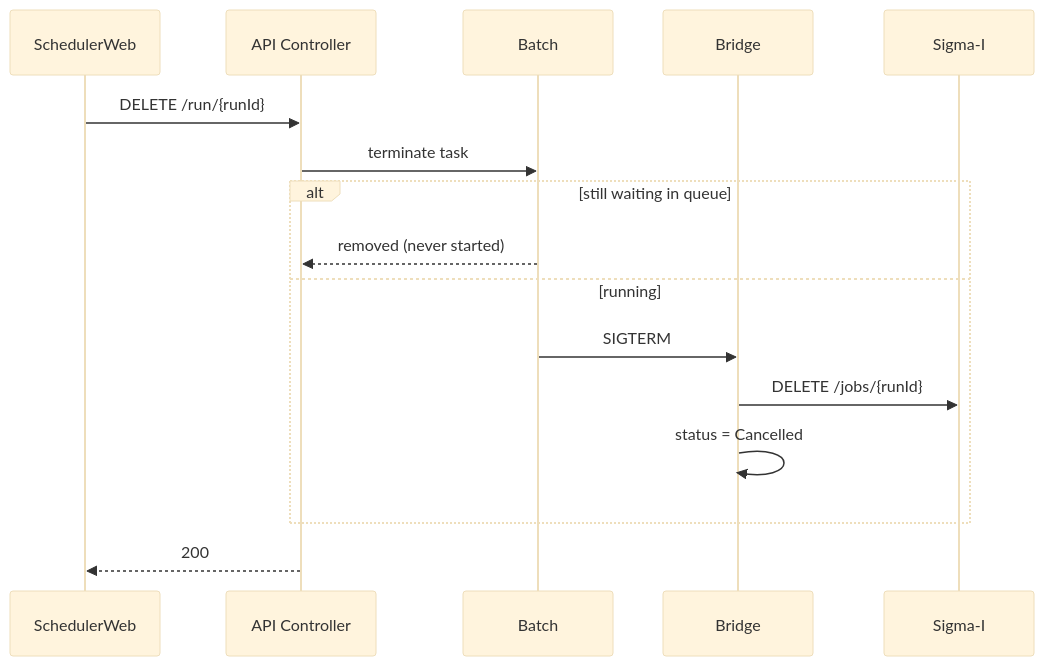
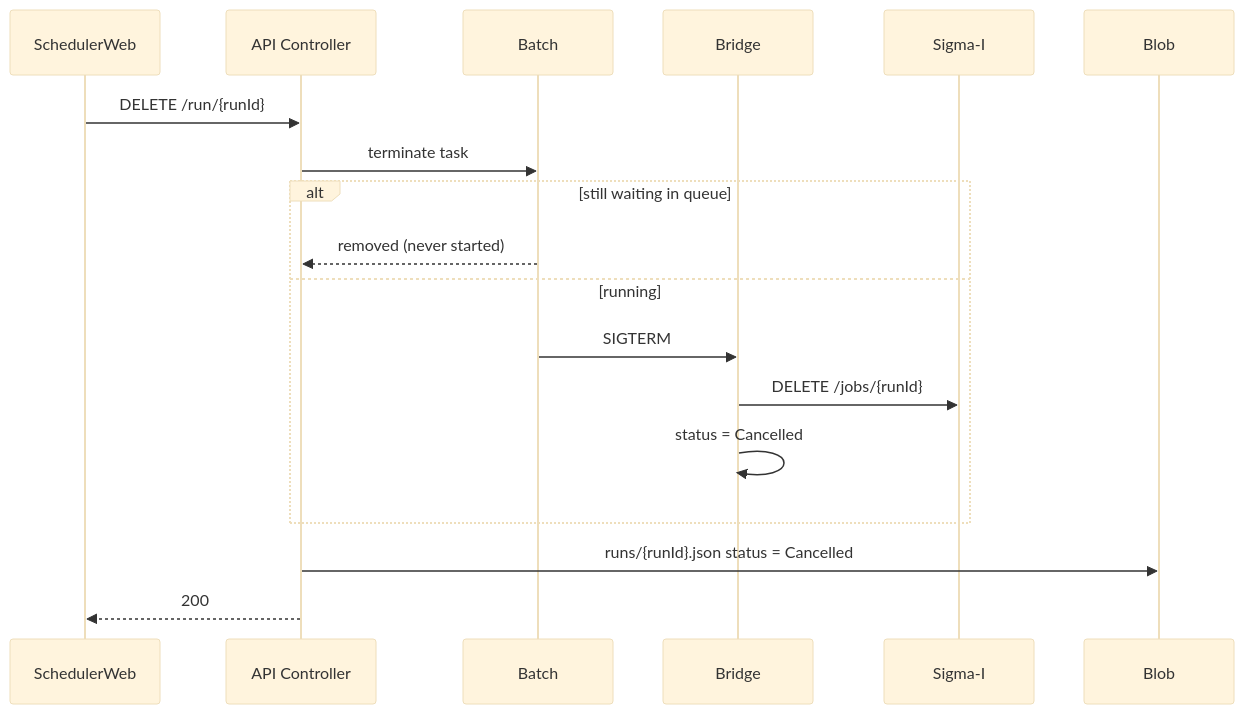
One commit to WhiTeXCharGe/TF_Testing changed the ninth of 12 diagrams in SigmaI/SigmaI_Azure_ImplementationPlan20261013.md. Above: the diagram before and after it, drawn with Mermaid (base theme). The commit also changed other lines of this file and 2 other files, not shown here.

````diff
--- a/SigmaI/SigmaI_Azure_ImplementationPlan20261013.md
+++ b/SigmaI/SigmaI_Azure_ImplementationPlan20261013.md
@@ -198,19 +339,21 @@
 ```mermaid
 sequenceDiagram
     participant W as SchedulerWeb
     participant API as API Controller
     participant BQ as Batch
     participant BR as Bridge
     participant SG as Sigma-I
+    participant BLOB as Blob
 
     W->>API: DELETE /run/{runId}
     API->>BQ: terminate task
     alt still waiting in queue
         BQ-->>API: removed (never started)
     else running
         BQ->>BR: SIGTERM
         BR->>SG: DELETE /jobs/{runId}
         BR->>BR: status = Cancelled
     end
+    API->>BLOB: runs/{runId}.json status = Cancelled
     API-->>W: 200
 ```
````
